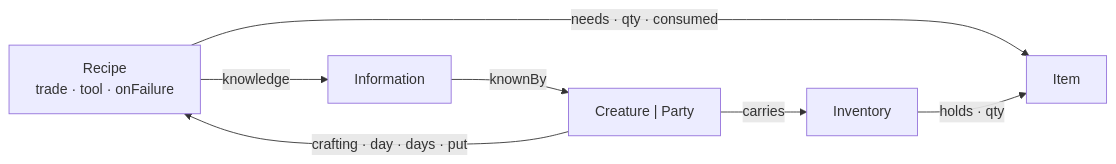
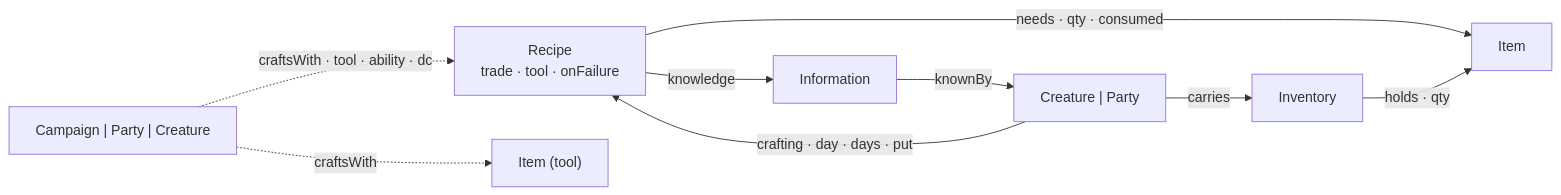
Diagram 14 of 16 in docs/Datenmodell.md (Mrfudog/Atlas-Mentis), drawn with Mermaid before and after one commit. The commit also changed other lines of this file and 9 other files, not shown here.

````diff
--- a/docs/Datenmodell.md
+++ b/docs/Datenmodell.md
@@ -937,8 +937,10 @@
 ```mermaid
 flowchart LR
   R["Recipe<br/>trade · tool · onFailure"] -- "knowledge" --> I["Information"]
   I -- "knownBy" --> F["Creature | Party"]
   R -- "needs · qty · consumed" --> M["Item"]
   F -- "crafting · day · days · put" --> R
   F -- "carries" --> Inv["Inventory"] -- "holds · qty" --> M
+  K["Campaign | Party | Creature"] -. "craftsWith · tool · ability · dc" .-> R
+  K -. "craftsWith" .-> T["Item (tool)"]
 ```
````
